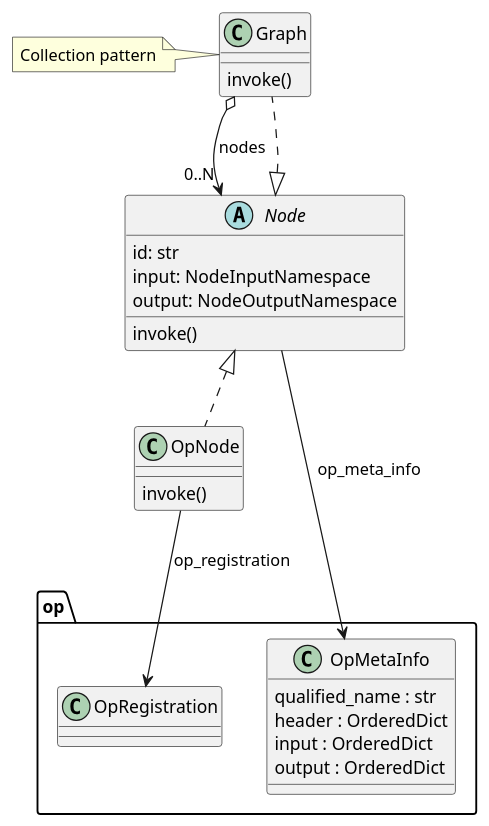
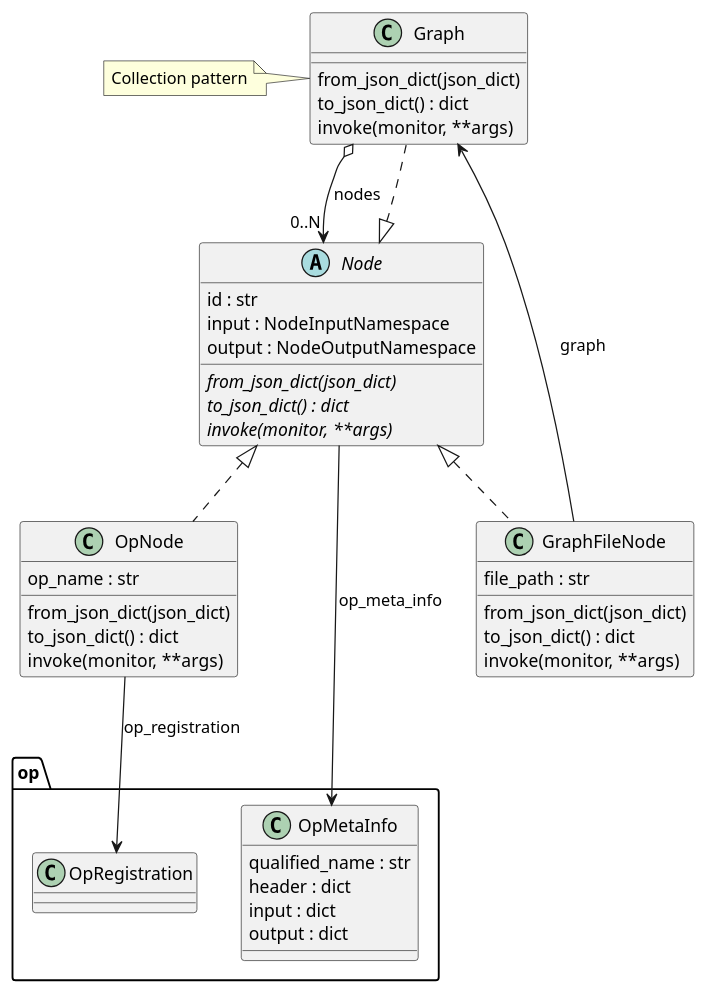
One commit to CCI-Tools/cate changed the diagram in doc/source/uml/workflow.puml. Above: the diagram before and after it, drawn with PlantUML. The commit also changed 2 other files, not shown here.

Commit message:
new GraphFileNode impl

```diff
--- a/doc/source/uml/workflow.puml
+++ b/doc/source/uml/workflow.puml
@@ -1,36 +1,49 @@
 @startuml
 
 abstract Node {
-    id: str
-    input: NodeInputNamespace
-    output: NodeOutputNamespace
-    invoke()
+    id : str
+    input : NodeInputNamespace
+    output : NodeOutputNamespace
+    {abstract} from_json_dict(json_dict)
+    {abstract} to_json_dict() : dict
+    {abstract} invoke(monitor, **args)
+}
+
+class Graph implements Node {
+    from_json_dict(json_dict)
+    to_json_dict() : dict
+    invoke(monitor, **args)
+}
+
+class GraphFileNode implements Node {
+    file_path : str
+    from_json_dict(json_dict)
+    to_json_dict() : dict
+    invoke(monitor, **args)
 }
 
 class OpNode implements Node {
-    invoke()
+    op_name : str
+    from_json_dict(json_dict)
+    to_json_dict() : dict
+    invoke(monitor, **args)
 }
-
-class Graph implements Node {
-    invoke()
-}
-
 
 class op.OpMetaInfo {
     qualified_name : str
-    header : OrderedDict
-    input : OrderedDict
-    output : OrderedDict
+    header : dict
+    input : dict
+    output : dict
 }
 
-
+GraphFileNode --> Graph: graph
 OpNode --> op.OpRegistration : op_registration
 Node --> op.OpMetaInfo: op_meta_info
 Graph o--> "0..N" Node: nodes
 
 
 note left of Graph
 Collection pattern
 end note
 
 @enduml
```
